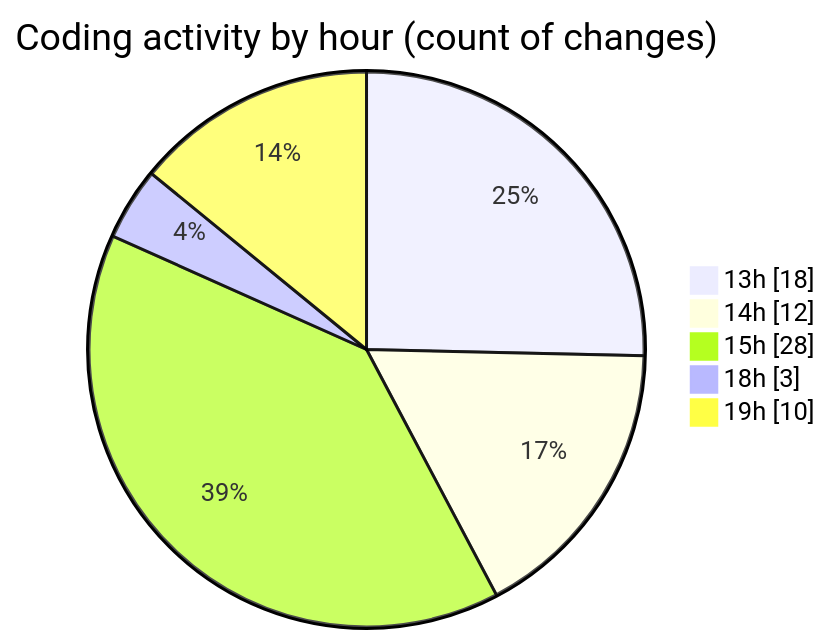
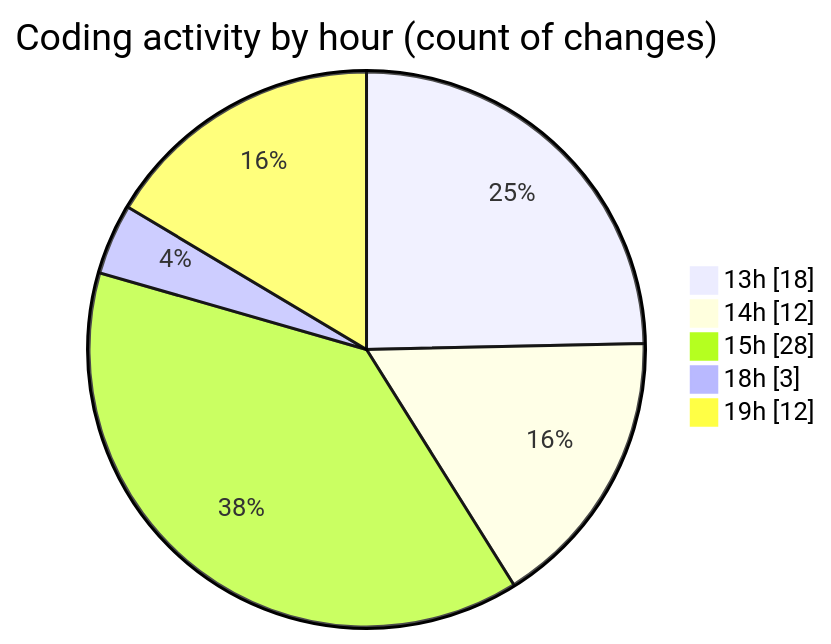
The second of 2 diagrams in 2025-06-16/studio-backend/README.md (idhammustaqopulfikri/code-tracking), drawn with Mermaid before and after one commit. The commit also changed other lines of this file and 1 other file, not shown here.

````diff
--- a/2025-06-16/studio-backend/README.md
+++ b/2025-06-16/studio-backend/README.md
@@ -43,9 +44,9 @@
 ```mermaid
 pie showData
 title Coding activity by hour (count of changes)
 "13h" : 18
 "14h" : 12
 "15h" : 28
 "18h" : 3
-"19h" : 10
+"19h" : 12
 ```
````
